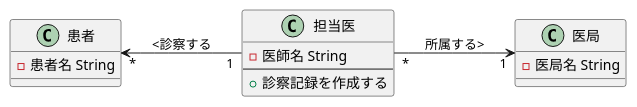
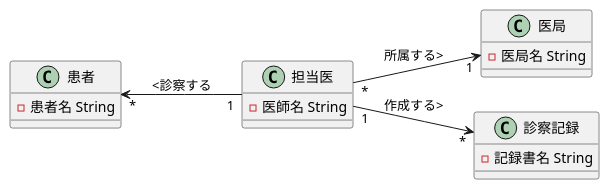
The diagram in 演習3-2_CL_医師と患者と医局と診療記録.pu (kenkensan/uml-introduction), drawn with PlantUML before and after one commit.

Commit message:
3-2修正

```diff
--- a/演習3-2_CL_医師と患者と医局と診療記録.pu
+++ b/演習3-2_CL_医師と患者と医局と診療記録.pu
@@ -1,16 +1,19 @@
 @startuml 3-2
 left to right direction
 class 患者{
 -患者名 String
 }
 class 担当医{
 -医師名 String
----
-+診察記録を作成する
 }
 class 医局{
 -医局名 String
 }
+class 診察記録 {
+ -記録書名 String
+}
 担当医"*"-->"1" 医局:所属する>
 患者 "*"<--"1" 担当医:<診察する
+担当医"1"-->"*" 診察記録:作成する>
+
 @enduml
```
